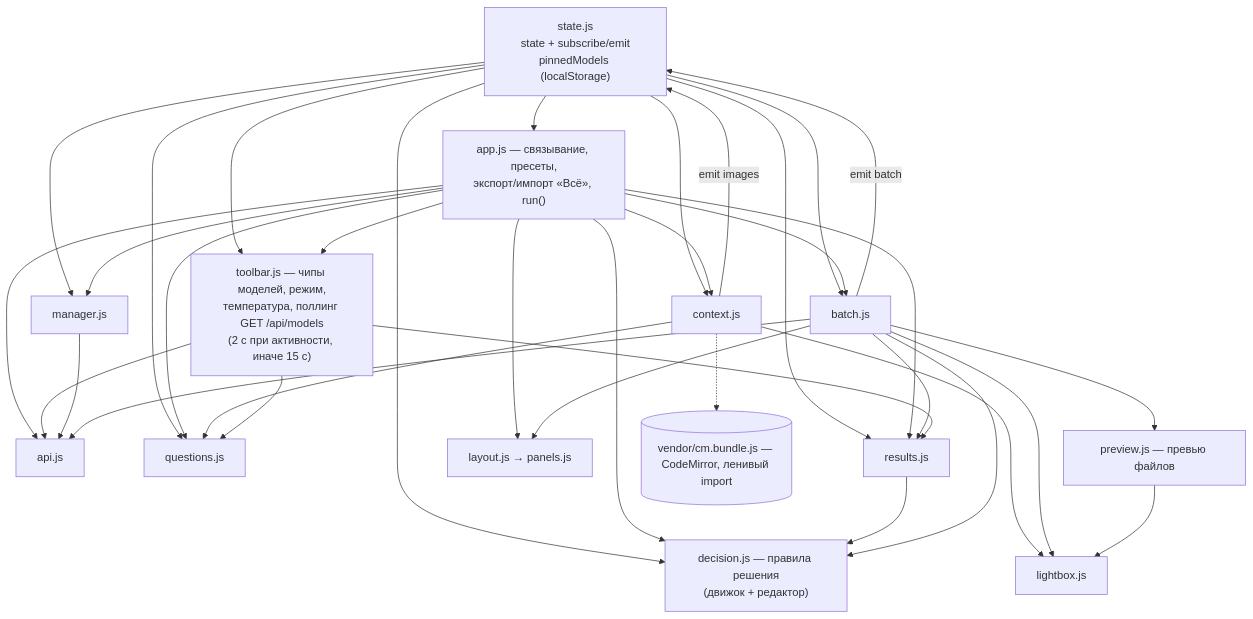
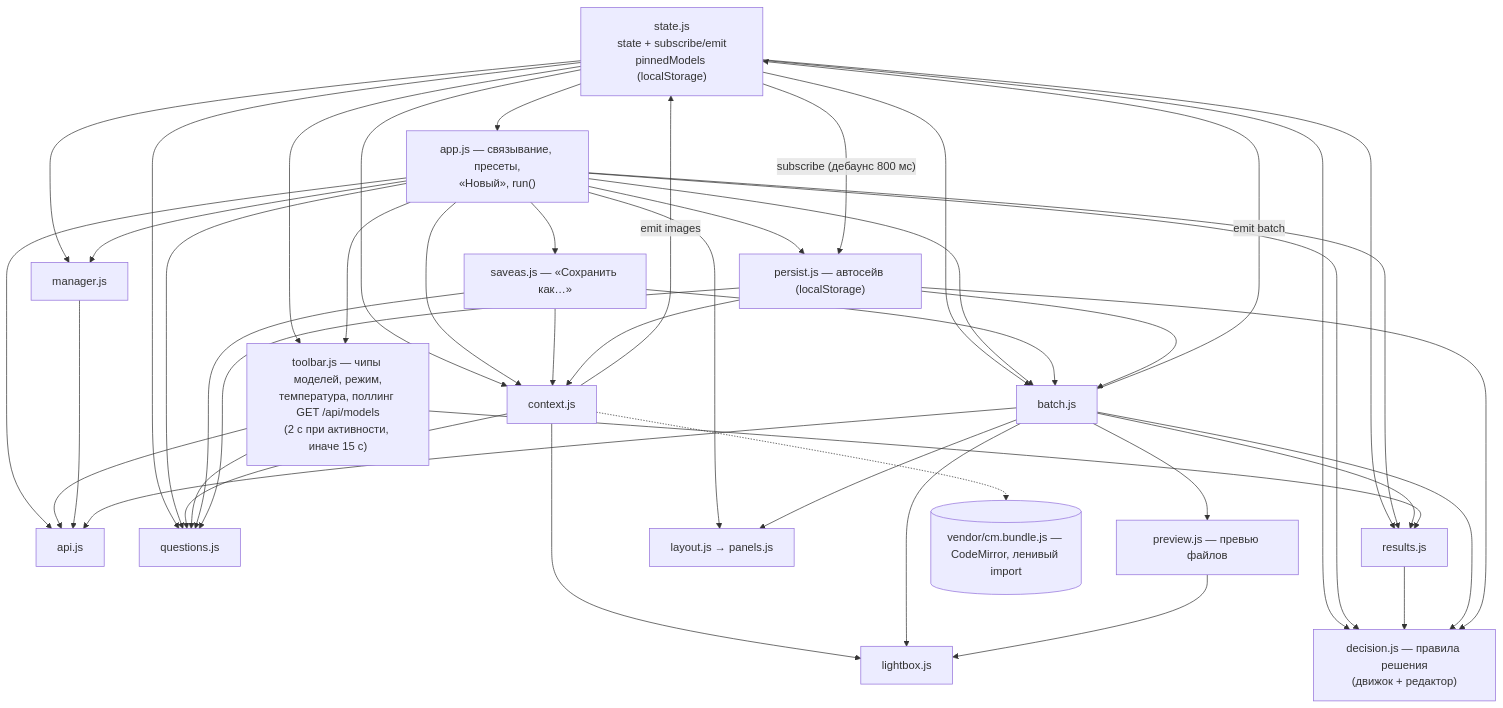
One commit to chkalofff/decision-qa changed the fourth of 5 diagrams in ARCHITECTURE.md. Above: the diagram before and after it, drawn with Mermaid. The commit also changed other lines of this file and 31 other files, not shown here.

````diff
--- a/ARCHITECTURE.md
+++ b/ARCHITECTURE.md
@@ -280,52 +280,64 @@
 ```mermaid
 graph TD
     STATE["state.js<br/>state + subscribe/emit<br/>pinnedModels (localStorage)"]
     APIJS[api.js]
-    APP["app.js — связывание, пресеты,<br/>экспорт/импорт «Всё», run()"]
+    APP["app.js — связывание, пресеты,<br/>«Новый», run()"]
+    SAVEAS["saveas.js — «Сохранить как…»"]
+    PERSIST["persist.js — автосейв (localStorage)"]
     TB["toolbar.js — чипы моделей, режим,<br/>температура, поллинг GET /api/models<br/>(2 с при активности, иначе 15 с)"]
     QM[questions.js]
     DEC["decision.js — правила решения<br/>(движок + редактор)"]
     CTX[context.js]
     RES[results.js]
     BATCH[batch.js]
     MGR[manager.js]
     LAY["layout.js → panels.js"]
     LB[lightbox.js]
     PV[preview.js — превью файлов]
     CM[("vendor/cm.bundle.js — CodeMirror, ленивый import")]
 
     STATE --> APP
     STATE --> TB
     STATE --> QM
     STATE --> DEC
     STATE --> CTX
     STATE --> RES
     STATE --> BATCH
     STATE --> MGR
     APP --> APIJS
     TB --> APIJS
     MGR --> APIJS
     BATCH --> APIJS
     APP --> QM
     APP --> DEC
     APP --> CTX
     APP --> RES
     APP --> BATCH
     APP --> TB
     APP --> LAY
     APP --> MGR
     CTX --> QM
     CTX --> LB
     CTX -.-> CM
     RES --> DEC
     BATCH --> RES
     BATCH --> DEC
     BATCH --> LAY
     BATCH --> LB
     BATCH --> PV
     PV --> LB
     TB --> QM
     TB --> RES
-    CTX -->|emit images| STATE
-    BATCH -->|emit batch| STATE
+    CTX -->|"emit images"| STATE
+    BATCH -->|"emit batch"| STATE
+    APP --> SAVEAS
+    APP --> PERSIST
+    SAVEAS --> CTX
+    SAVEAS --> QM
+    SAVEAS --> BATCH
+    PERSIST --> CTX
+    PERSIST --> QM
+    PERSIST --> DEC
+    PERSIST --> BATCH
+    STATE -->|"subscribe (дебаунс 800 мс)"| PERSIST
 ```
````
